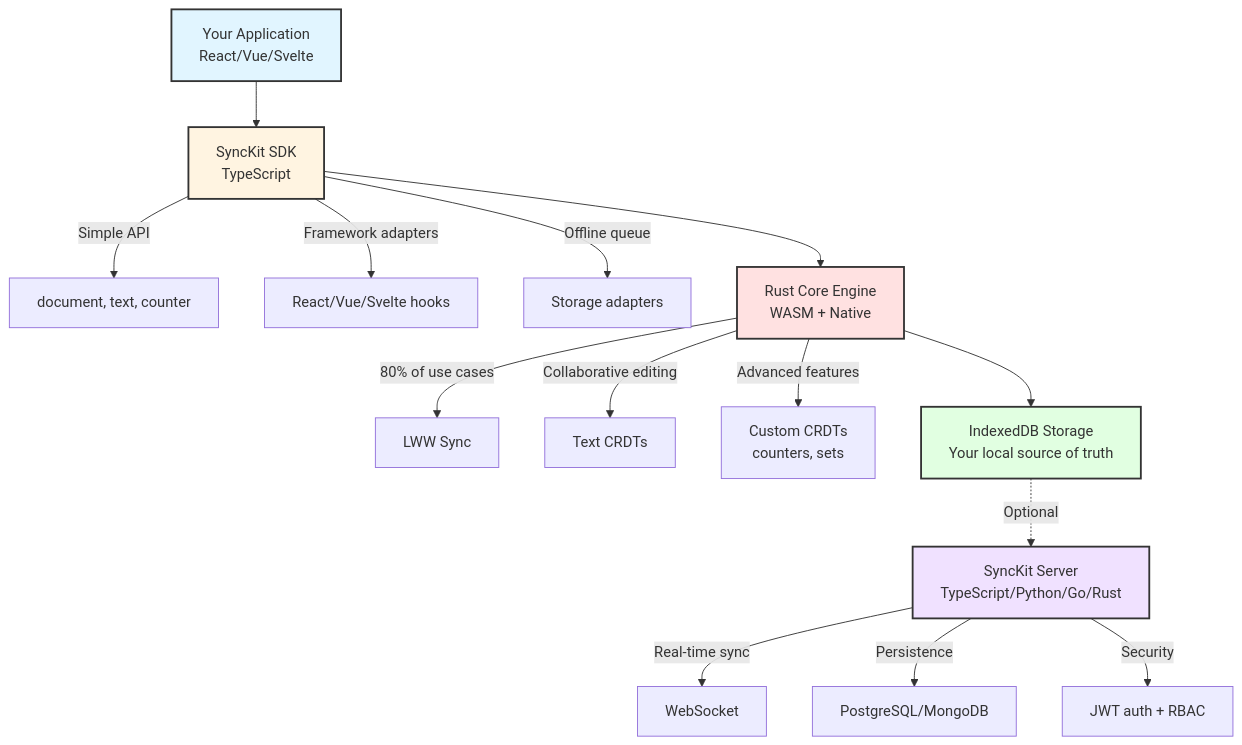
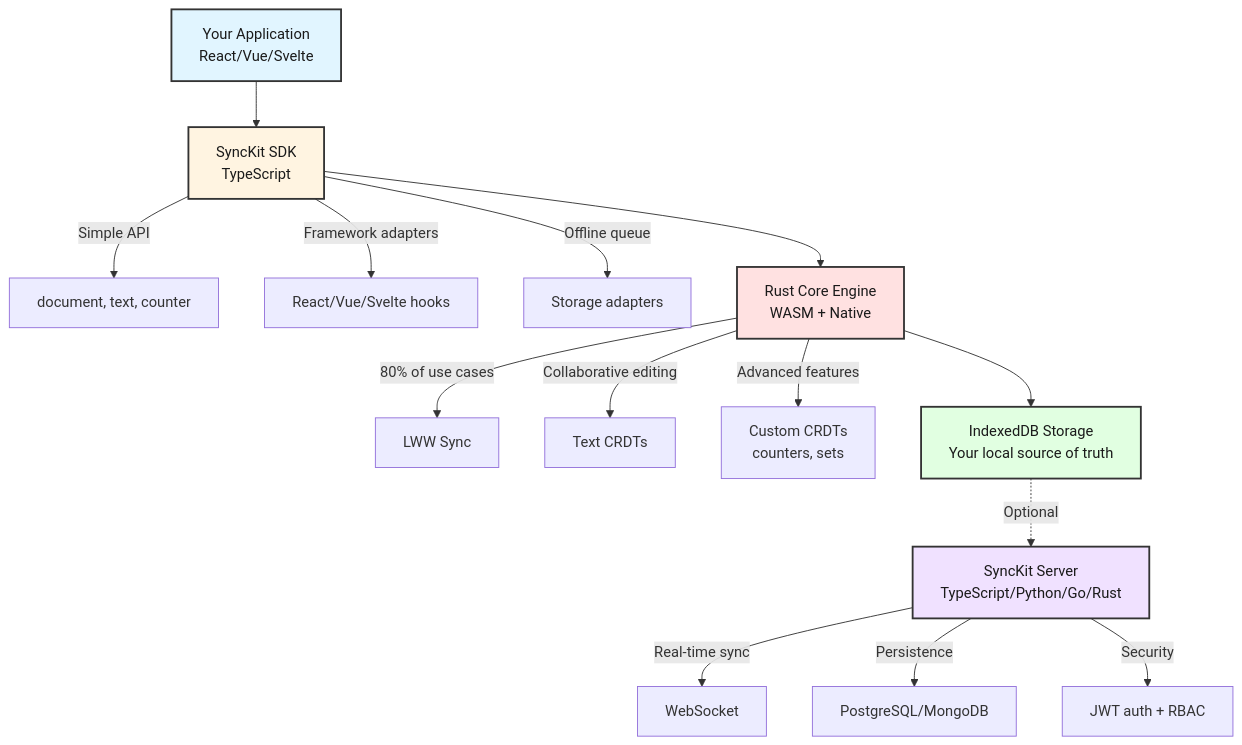
One commit to lguzzon-scratchbook/synckit changed the diagram in README.md. Above: the diagram before and after it, drawn with Mermaid.

Commit message:
fix: improve text contrast in Mermaid diagram
Added dark text color (#1a1a1a) to all main architecture boxes
for better readability against light pastel backgrounds.

Previous version had default gray text which was barely visible
on light blue/yellow/red/green/purple backgrounds.

````diff
--- a/README.md
+++ b/README.md
@@ -200,28 +200,28 @@
 ```mermaid
 graph TD
     A[Your Application<br/>React/Vue/Svelte] --> B[SyncKit SDK<br/>TypeScript]
 
     B -->|Simple API| B1[document, text, counter]
     B -->|Framework adapters| B2[React/Vue/Svelte hooks]
     B -->|Offline queue| B3[Storage adapters]
 
     B --> C[Rust Core Engine<br/>WASM + Native]
 
     C -->|80% of use cases| C1[LWW Sync]
     C -->|Collaborative editing| C2[Text CRDTs]
     C -->|Advanced features| C3[Custom CRDTs<br/>counters, sets]
 
     C --> D[IndexedDB Storage<br/>Your local source of truth]
 
     D -.->|Optional| E[SyncKit Server<br/>TypeScript/Python/Go/Rust]
 
     E -->|Real-time sync| E1[WebSocket]
     E -->|Persistence| E2[PostgreSQL/MongoDB]
     E -->|Security| E3[JWT auth + RBAC]
 
-    style A fill:#e1f5ff,stroke:#333,stroke-width:2px
-    style B fill:#fff4e1,stroke:#333,stroke-width:2px
-    style C fill:#ffe1e1,stroke:#333,stroke-width:2px
-    style D fill:#e1ffe1,stroke:#333,stroke-width:2px
-    style E fill:#f0e1ff,stroke:#333,stroke-width:2px
+    style A fill:#e1f5ff,stroke:#333,stroke-width:2px,color:#1a1a1a
+    style B fill:#fff4e1,stroke:#333,stroke-width:2px,color:#1a1a1a
+    style C fill:#ffe1e1,stroke:#333,stroke-width:2px,color:#1a1a1a
+    style D fill:#e1ffe1,stroke:#333,stroke-width:2px,color:#1a1a1a
+    style E fill:#f0e1ff,stroke:#333,stroke-width:2px,color:#1a1a1a
 ```
````
